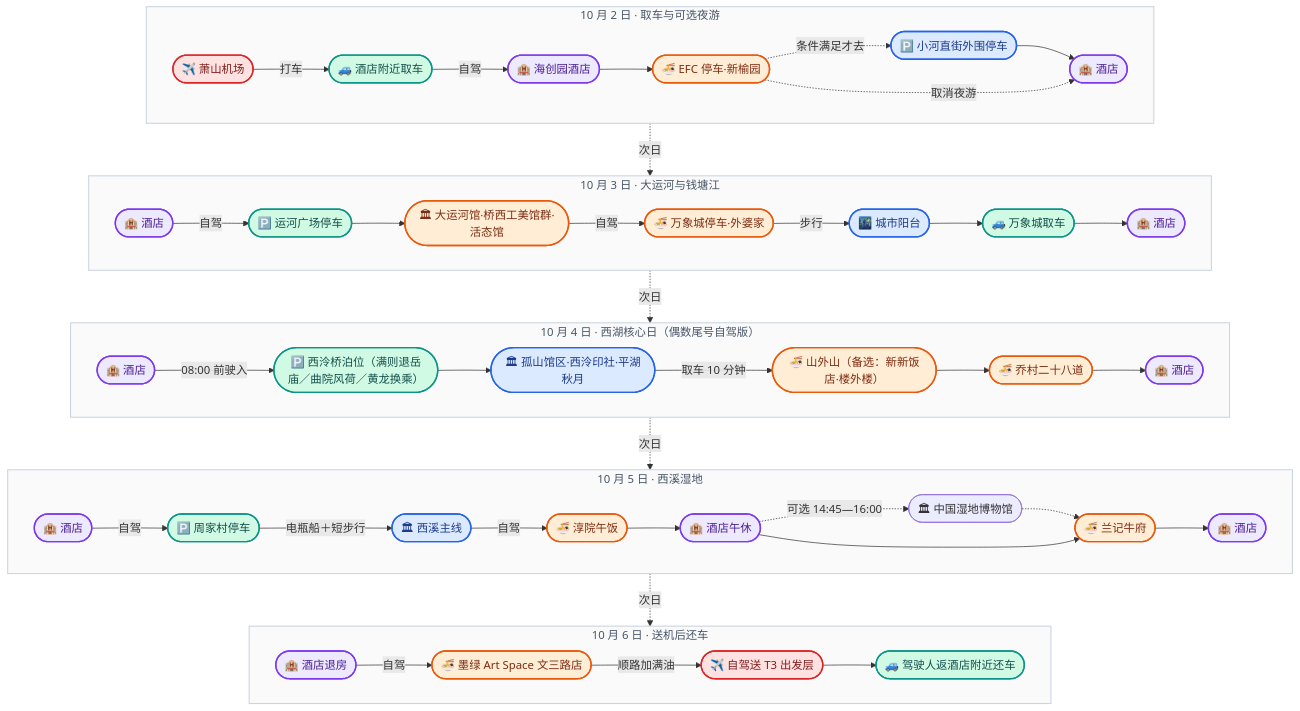
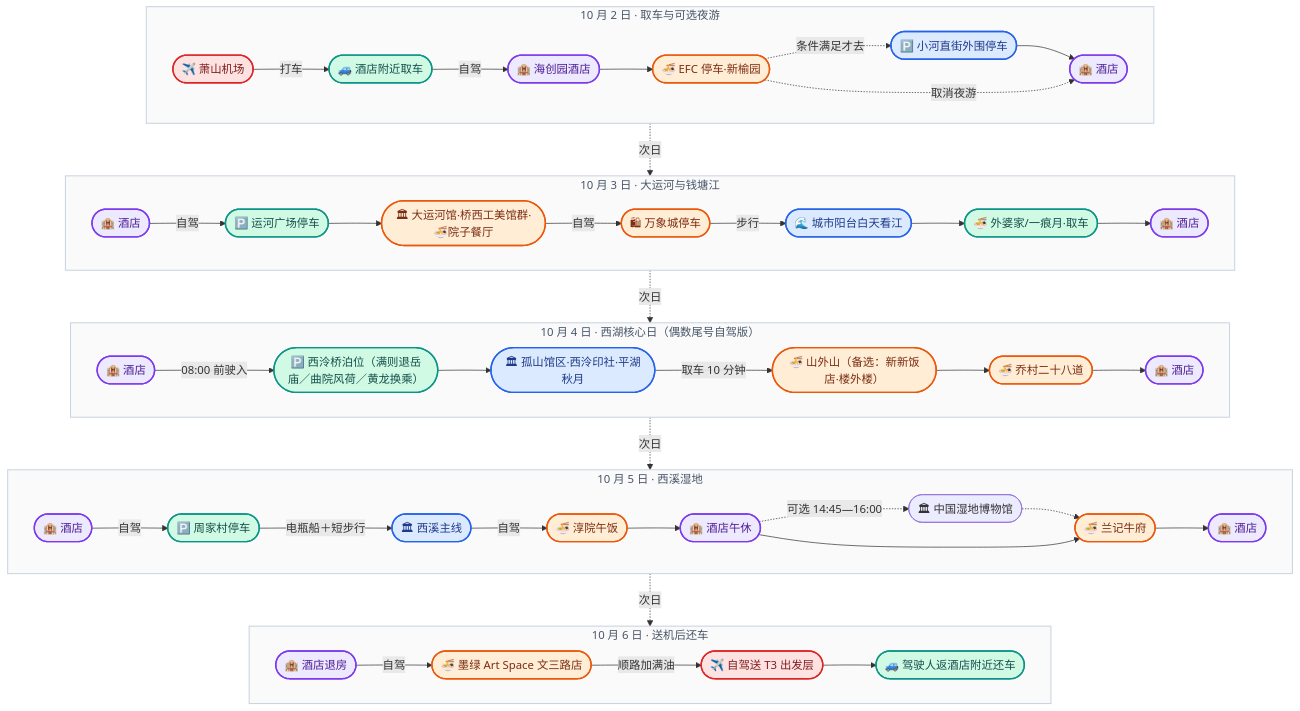
Before and after one commit to TheShadow178/hangzhou-trip: the second of 3 diagrams in docs/traffic.md, drawn with Mermaid. The commit also changed other lines of this file and 2 other files, not shown here.

````diff
--- a/docs/traffic.md
+++ b/docs/traffic.md
@@ -191,66 +192,66 @@
 ```mermaid
 %%{init: {'theme':'base', 'themeVariables': {'fontFamily':'-apple-system, "PingFang SC", "Microsoft YaHei", sans-serif','lineColor':'#94a3b8','primaryColor':'#ffffff','primaryBorderColor':'#94a3b8','primaryTextColor':'#0f172a','fontSize':'13px'}}}%%
 flowchart TB
   subgraph C02["10 月 2 日 · 取车与可选夜游"]
     direction LR
     C02A(["✈️ 萧山机场"]) -->|打车| C02B(["🚙 酒店附近取车"])
     C02B -->|自驾| C02C(["🏨 海创园酒店"])
     C02C --> C02D(["🍜 EFC 停车·新榆园"])
     C02D -.->|条件满足才去| C02E(["🅿️ 小河直街外围停车"])
     C02E --> C02F(["🏨 酒店"])
     C02D -. 取消夜游 .-> C02F
   end
   subgraph C03["10 月 3 日 · 大运河与钱塘江"]
     direction LR
     C03A(["🏨 酒店"]) -->|自驾| C03B(["🅿️ 运河广场停车"])
-    C03B --> C03C(["🏛 大运河馆·桥西工美馆群·活态馆"])
-    C03C -->|自驾| C03D(["🍜 万象城停车·外婆家"])
-    C03D -->|步行| C03E(["🌃 城市阳台"])
-    C03E --> C03F(["🚙 万象城取车"])
+    C03B --> C03C(["🏛 大运河馆·桥西工美馆群·🍜院子餐厅"])
+    C03C -->|自驾| C03D(["🛍 万象城停车"])
+    C03D -->|步行| C03E(["🌊 城市阳台白天看江"])
+    C03E --> C03F(["🍜 外婆家/一痕月·取车"])
     C03F --> C03G(["🏨 酒店"])
   end
   subgraph C04["10 月 4 日 · 西湖核心日（偶数尾号自驾版）"]
     direction LR
     C04A(["🏨 酒店"]) -->|08:00 前驶入| C04B(["🅿️ 西泠桥泊位（满则退岳庙／曲院风荷／黄龙换乘）"])
     C04B --> C04C(["🏛 孤山馆区·西泠印社·平湖秋月"])
     C04C -->|取车 10 分钟| C04D(["🍜 山外山（备选：新新饭店·楼外楼）"])
     C04D --> C04G(["🍜 乔村二十八道"])
     C04G --> C04H(["🏨 酒店"])
   end
   subgraph C05["10 月 5 日 · 西溪湿地"]
     direction LR
     C05A(["🏨 酒店"]) -->|自驾| C05B(["🅿️ 周家村停车"])
     C05B -->|电瓶船＋短步行| C05C(["🏛 西溪主线"])
     C05C -->|自驾| C05D(["🍜 淳院午饭"])
     C05D --> C05E(["🏨 酒店午休"])
     C05E -.->|可选 14:45—16:00| C05H(["🏛 中国湿地博物馆"])
     C05H -.-> C05F(["🍜 兰记牛府"])
     C05E --> C05F(["🍜 兰记牛府"])
     C05F --> C05G(["🏨 酒店"])
   end
   subgraph C06["10 月 6 日 · 送机后还车"]
     direction LR
     C06A(["🏨 酒店退房"]) -->|自驾| C06B(["🍜 墨绿 Art Space 文三路店"])
     C06B -->|顺路加满油| C06D(["✈️ 自驾送 T3 出发层"])
     C06D --> C06C(["🚙 驾驶人返酒店附近还车"])
   end
   C02F -.->|次日| C03A
   C03G -.->|次日| C04A
   C04H -.->|次日| C05A
   C05G -.->|次日| C06A
   classDef cAir fill:#fee2e2,stroke:#dc2626,stroke-width:2px,color:#7f1d1d
   classDef cStay fill:#ede9fe,stroke:#7c3aed,stroke-width:2px,color:#4c1d95
   classDef cFood fill:#ffedd5,stroke:#ea580c,stroke-width:2px,color:#7c2d12
   classDef cSee fill:#dbeafe,stroke:#2563eb,stroke-width:2px,color:#1e3a8a
   classDef cMove fill:#d1fae5,stroke:#0d9488,stroke-width:2px,color:#134e4a
   class C02A,C06D cAir
   class C02B,C03B,C03F,C04B,C05B,C06C cMove
   class C02C,C02F,C03A,C03G,C04A,C04H,C05A,C05E,C05G,C06A cStay
   class C02D,C03C,C03D,C04D,C04G,C05D,C05F,C06B cFood
   class C02E,C03E,C04C,C05C cSee
   style C02 fill:#fafafa,stroke:#cbd5e1,stroke-width:1.5px,color:#475569
   style C03 fill:#fafafa,stroke:#cbd5e1,stroke-width:1.5px,color:#475569
   style C04 fill:#fafafa,stroke:#cbd5e1,stroke-width:1.5px,color:#475569
   style C05 fill:#fafafa,stroke:#cbd5e1,stroke-width:1.5px,color:#475569
   style C06 fill:#fafafa,stroke:#cbd5e1,stroke-width:1.5px,color:#475569
 ```
````
